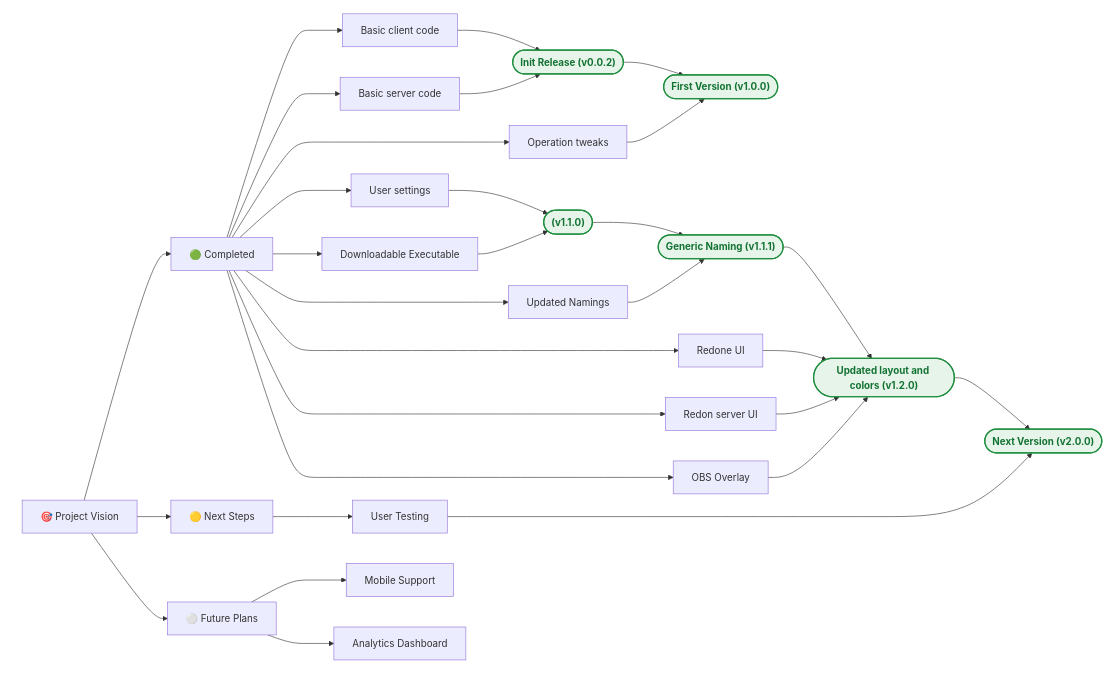
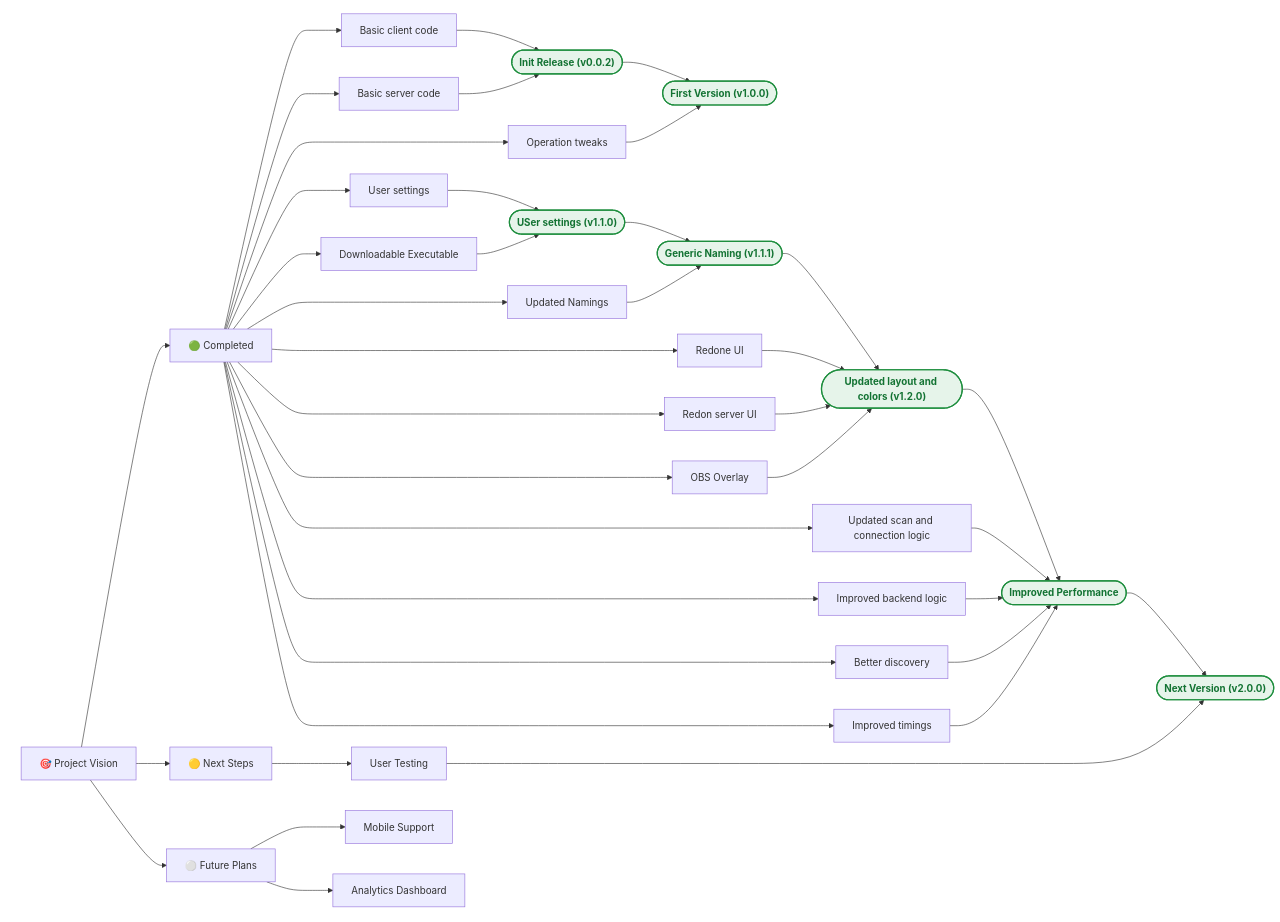
The diagram in docs/ROADMAP.md (astrodylan/heartrate_monitor_ble), drawn with Mermaid before and after one commit. The commit also changed 2 other files, not shown here.

Commit message:
fixed some small errors in the release.yml
added the v1.3.0 to the roadmap.md

````diff
--- a/docs/ROADMAP.md
+++ b/docs/ROADMAP.md
@@ -8,48 +8,53 @@
 ```mermaid
 graph LR
     Root["🎯 Project Vision"]
     
     subgraph helper1[" "]
         Root --> Completed["🟢 Completed"]
         Root --> Next["🟡 Next Steps"]
         Root --> Future["⚪ Future Plans"]
     end
 
     %% Completed Plans
     Completed --> comp1["Basic client code"]
     Completed --> comp2["Basic server code"]
     comp1 & comp2 --> M1(["Init Release (v0.0.2)"]):::doneMilestone
 
     Completed --> comp3["Operation tweaks"]
     M1 & comp3 --> M2(["First Version (v1.0.0)"]):::doneMilestone
 
     Completed --> comp4["User settings"]
     Completed --> comp5["Downloadable Executable"]
-    comp4 & comp5 --> M3(["(v1.1.0)"]):::doneMilestone
+    comp4 & comp5 --> M3(["USer settings (v1.1.0)"]):::doneMilestone
 
     Completed --> comp6["Updated Namings"]
     M3 & comp6 --> M4(["Generic Naming (v1.1.1)"]):::doneMilestone
 
     Completed --> comp7["Redone UI"]
     Completed --> comp8["Redon server UI"]
     Completed --> comp9["OBS Overlay"]
     M4 & comp7 & comp8 & comp9 --> M5(["Updated layout and colors (v1.2.0)"]):::doneMilestone
 
+    Completed --> comp10["Updated scan and connection logic"]
+    Completed --> comp11["Improved backend logic"]
+    Completed --> comp12["Better discovery"]
+    Completed --> comp13["Improved timings"]
+    M5 & comp10 & comp11 & comp12 & comp13 --> M6(["Improved Performance"]):::doneMilestone
 
 
     %% Next branch
     Next --> next1["User Testing"]
-    M5 & next1 --> M200(["Next Version (v2.0.0)"]):::doneMilestone
+    M6 & next1 --> M200(["Next Version (v2.0.0)"]):::doneMilestone
 
     %% Future Plans branch
     Future --> future1["Mobile Support"]
     Future --> future2["Analytics Dashboard"]
 
     %% Hide the subgraph outline, background, and text
     style helper1 fill:none,stroke:none,color:transparent
 
     %% Milestone Styles
     classDef doneMilestone fill:#e6f4ea,stroke:#1e8e3e,stroke-width:2px,color:#137333,font-weight:bold
     classDef nextMilestone fill:#fef7e0,stroke:#f9ab00,stroke-width:3px,color:#b06000,font-weight:bold
     classDef futureMilestone fill:#e8f0fe,stroke:#1a73e8,stroke-width:3px,color:#174ea6,font-weight:bold
 ```
````
